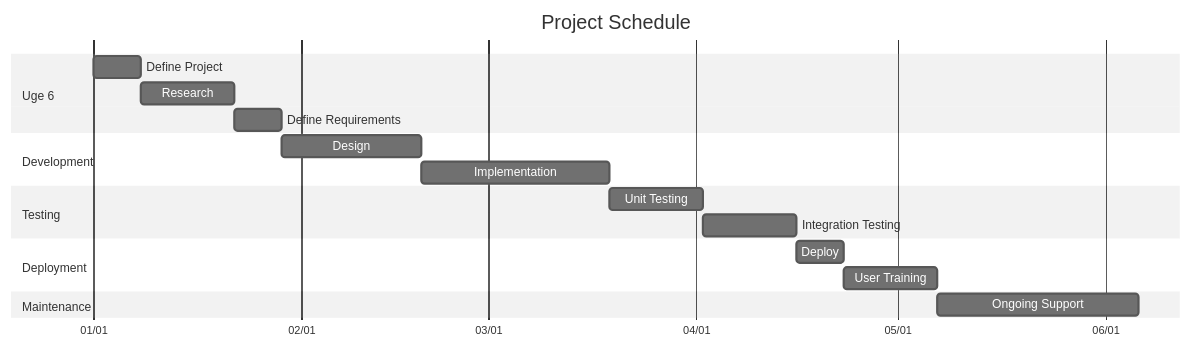
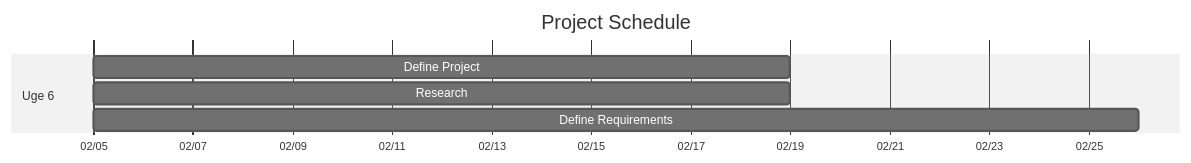
One commit to Napow-git/TEC-P1 changed the diagram in README.md. Above: the diagram before and after it, drawn with Mermaid (neutral theme).

````diff
--- a/README.md
+++ b/README.md
@@ -3,51 +3,23 @@
 ```mermaid
 
 gantt
 
     title Project Schedule
 
     dateFormat DD-MM-YYYY
 
     axisFormat %m/%d
 
  
 
     section Uge 6
 
-    Define Project : 2023-01-01, 7d
+    Define Project : 05-02-2024, 14d
 
-    Research : 2023-01-08, 14d
+    Research : 05-02-2024, 14d
 
-    Define Requirements : 2023-01-22, 7d
+    Define Requirements : 05-02-2024, 21d
 
  
 
-    section Development
-
-    Design : 2023-01-29, 21d
-
-    Implementation : 2023-02-19, 28d
-
- 
-
-    section Testing
-
-    Unit Testing : 2023-03-19, 14d
-
-    Integration Testing : 2023-04-02, 14d
-
- 
-
-    section Deployment
-
-    Deploy : 2023-04-16, 7d
-
-    User Training : 2023-04-23, 14d
-
- 
-
-    section Maintenance
-
-    Ongoing Support : 2023-05-07, 30d
-
 ```
````
